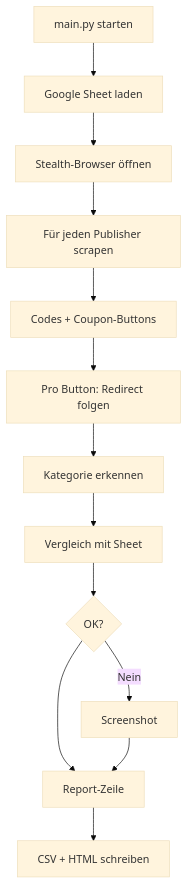
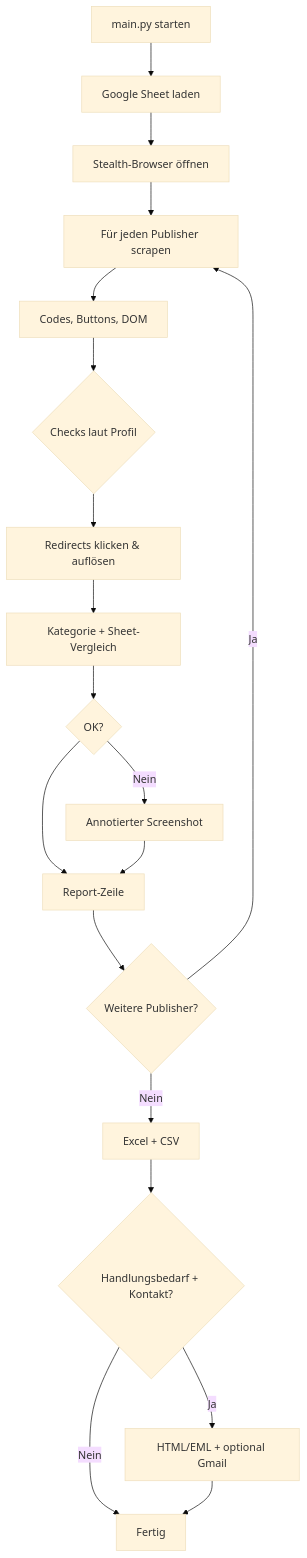
One commit to ErwinderNette/Publisher-Webscraper changed the diagram in README.md. Above: the diagram before and after it, drawn with Mermaid (base theme). The commit also changed other lines of this file and 14 other files, not shown here.

````diff
--- a/README.md
+++ b/README.md
@@ -129,15 +209,21 @@
 ```mermaid
 flowchart TD
     A[main.py starten] --> B[Google Sheet laden]
     B --> C[Stealth-Browser öffnen]
     C --> D[Für jeden Publisher scrapen]
-    D --> E[Codes + Coupon-Buttons]
-    E --> F[Pro Button: Redirect folgen]
-    F --> G[Kategorie erkennen]
-    G --> H[Vergleich mit Sheet]
+    D --> E[Codes, Buttons, DOM]
+    E --> F{Checks laut Profil}
+    F --> G[Redirects klicken & auflösen]
+    G --> H[Kategorie + Sheet-Vergleich]
     H --> I{OK?}
-    I -->|Nein| J[Screenshot]
+    I -->|Nein| J[Annotierter Screenshot]
     I --> K[Report-Zeile]
     J --> K
-    K --> L[CSV + HTML schreiben]
+    K --> L{Weitere Publisher?}
+    L -->|Ja| D
+    L -->|Nein| M[Excel + CSV]
+    M --> N{Handlungsbedarf + Kontakt?}
+    N -->|Ja| O[HTML/EML + optional Gmail]
+    N -->|Nein| P[Fertig]
+    O --> P
 ```
````
